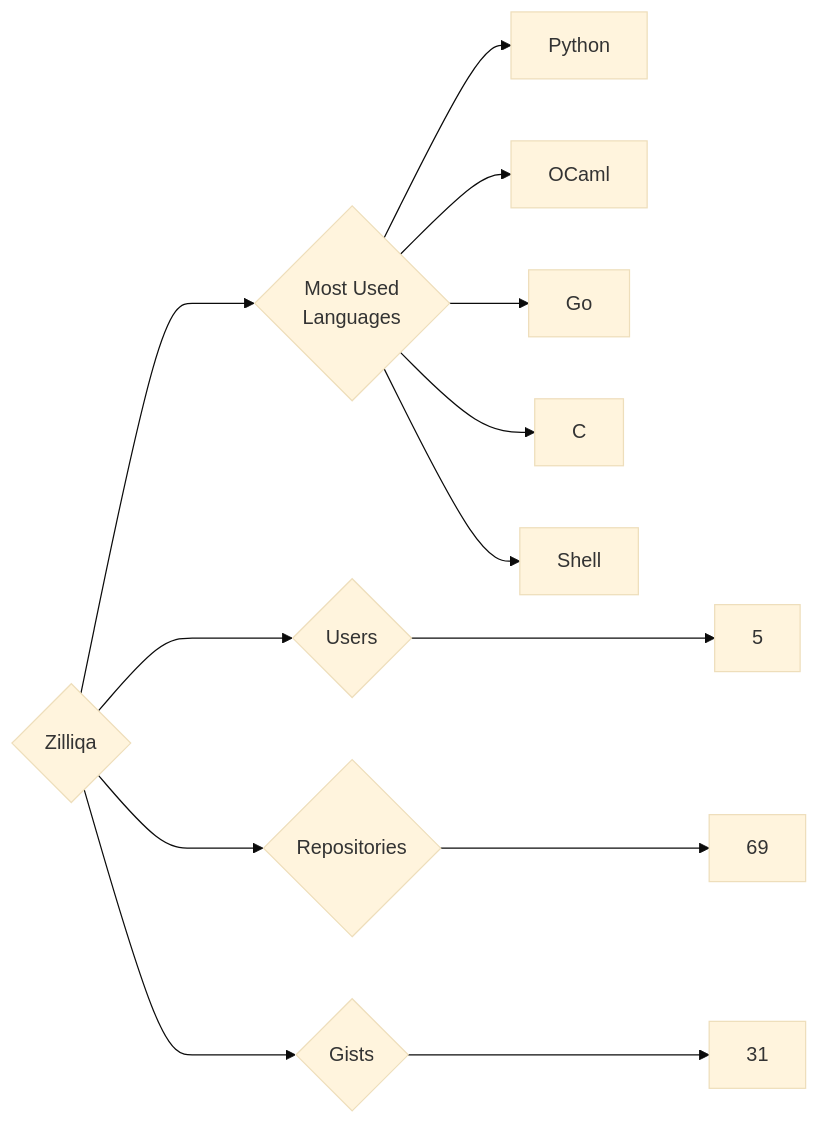
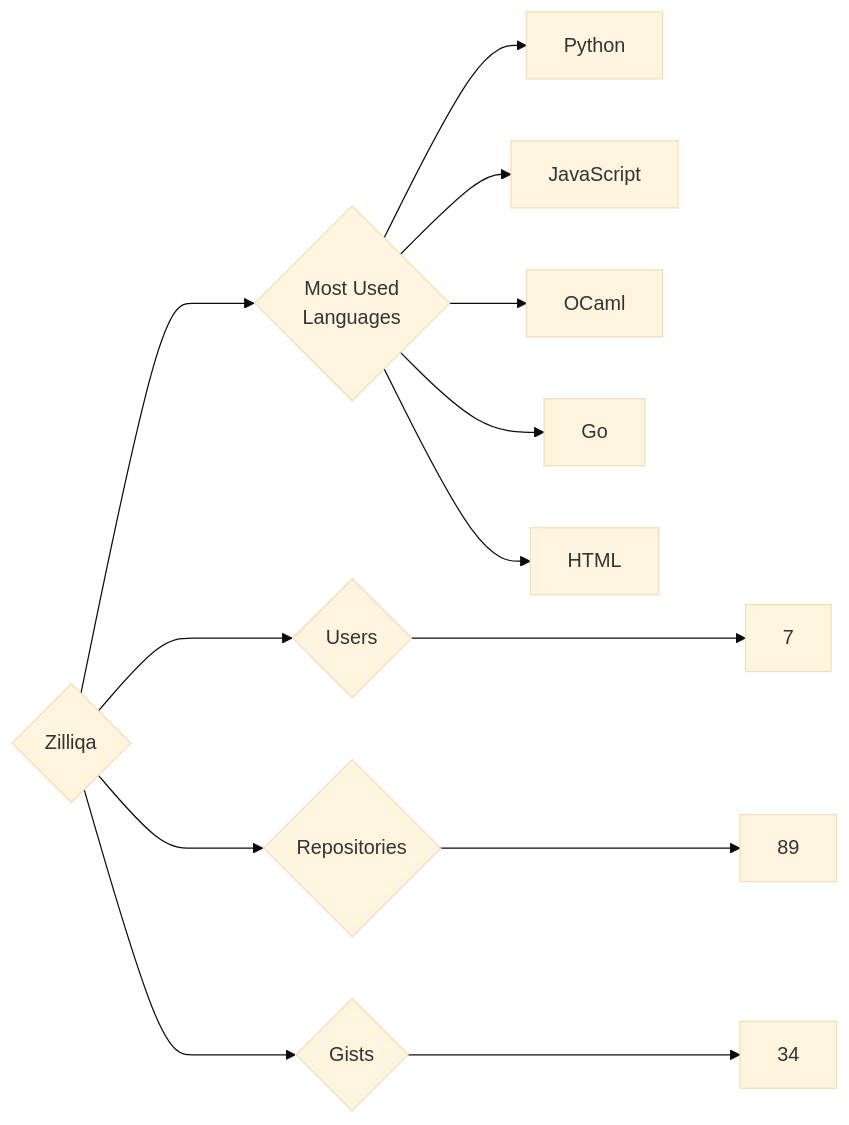
The diagram in targets/Zilliqa/README.md (trickest/insiders), drawn with Mermaid (base theme) before and after one commit. The commit also changed 1508 other files, not shown here.

````diff
--- a/targets/Zilliqa/README.md
+++ b/targets/Zilliqa/README.md
@@ -3,13 +3,13 @@
 ```mermaid
 graph LR
 COMPANY_NAME{Zilliqa}
-COMPANY_NAME ---> U{Users} ---> UN[5]
-COMPANY_NAME ---> R{Repositories} ---> RN[69]
-COMPANY_NAME ---> G{Gists} ---> GN[31]
+COMPANY_NAME ---> U{Users} ---> UN[7]
+COMPANY_NAME ---> R{Repositories} ---> RN[89]
+COMPANY_NAME ---> G{Gists} ---> GN[34]
 COMPANY_NAME ---> ML{Most Used<br>Languages}
 ML --> Python[Python]
+ML --> JavaScript[JavaScript]
 ML --> OCaml[OCaml]
 ML --> Go[Go]
-ML --> C[C]
-ML --> Shell[Shell]
+ML --> HTML[HTML]
 ```
````
